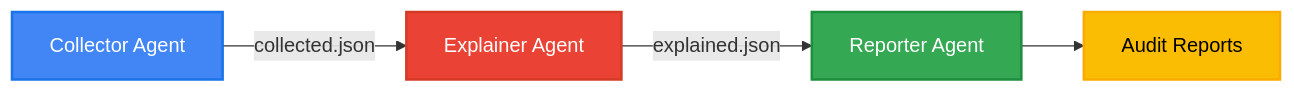
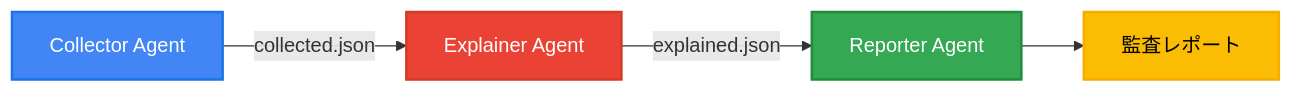
Before and after one commit to susumutomita/Paddi: the diagram in README.md, drawn with Mermaid. The commit also changed other lines of this file and 32 other files, not shown here.

````diff
--- a/README.md
+++ b/README.md
@@ -42,11 +38,11 @@
 ```mermaid
 graph LR
     A[Collector Agent] -->|collected.json| B[Explainer Agent]
     B -->|explained.json| C[Reporter Agent]
-    C --> D[Audit Reports]
-    
+    C --> D[監査レポート]
+
     style A fill:#4285f4,stroke:#1a73e8,stroke-width:2px,color:#fff
     style B fill:#ea4335,stroke:#d33b27,stroke-width:2px,color:#fff
     style C fill:#34a853,stroke:#1e8e3e,stroke-width:2px,color:#fff
     style D fill:#fbbc04,stroke:#f9ab00,stroke-width:2px,color:#000
 ```
````
